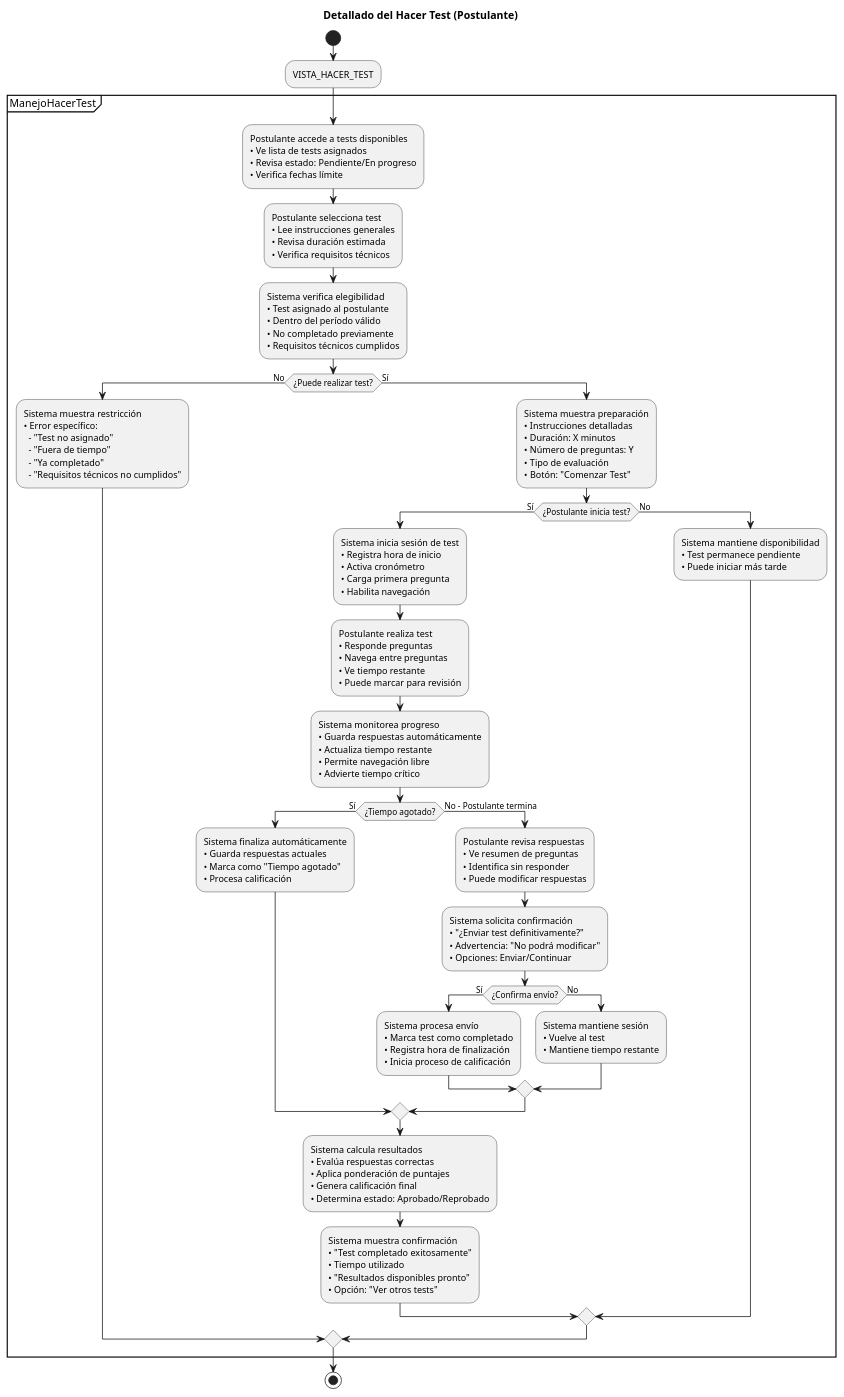
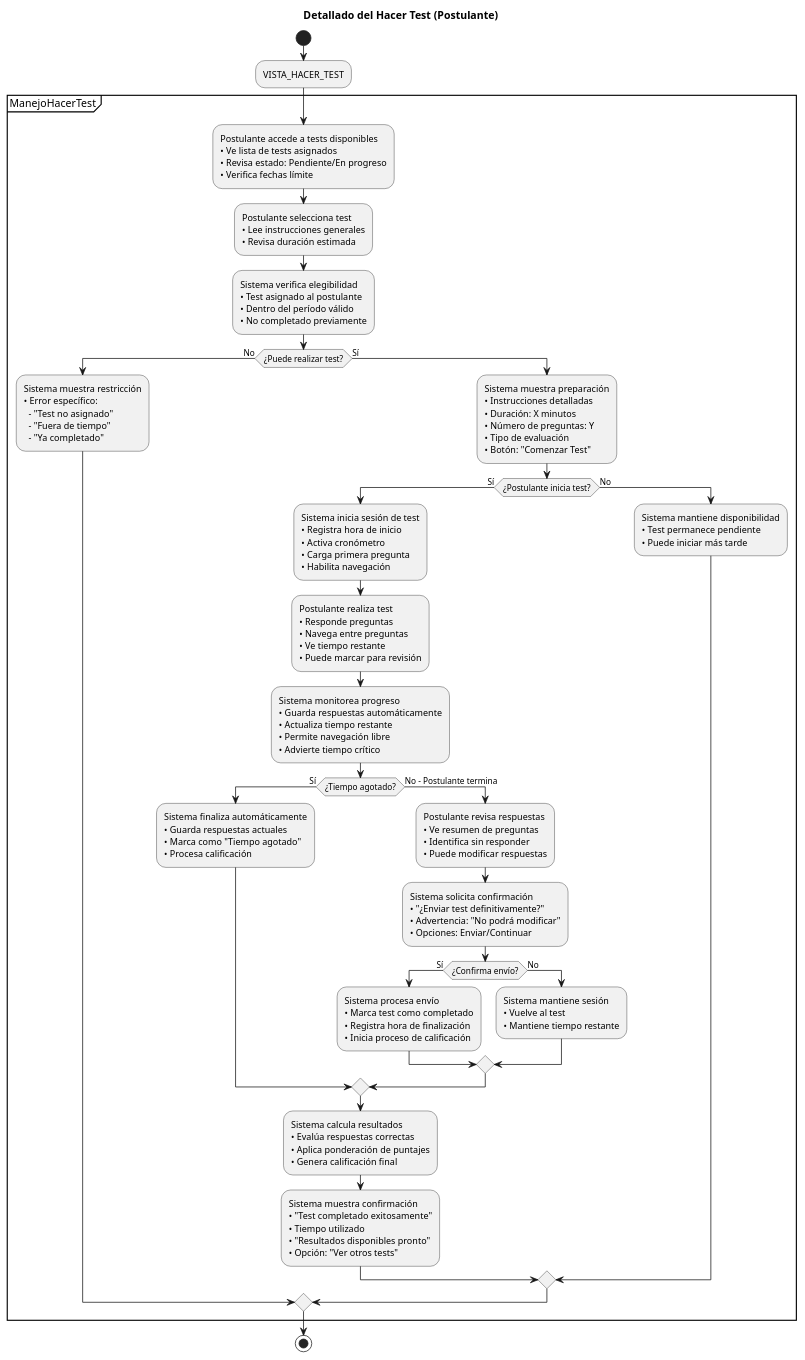
Before and after one commit to Dievex/24-25-IdSw1-SDR: the diagram in casos_de_uso/diagramas_casos_de_uso_detallados/hacer_test.puml, drawn with PlantUML.

Commit message:
hacer_test: modificado

```diff
--- a/casos_de_uso/diagramas_casos_de_uso_detallados/hacer_test.puml
+++ b/casos_de_uso/diagramas_casos_de_uso_detallados/hacer_test.puml
@@ -1,117 +1,117 @@
 @startuml
 title Detallado del Hacer Test (Postulante)
 
 start
 
 :VISTA_HACER_TEST;
 
 partition ManejoHacerTest {
   
   :Postulante accede a tests disponibles
   • Ve lista de tests asignados
   • Revisa estado: Pendiente/En progreso
   • Verifica fechas límite;
   
   :Postulante selecciona test
   • Lee instrucciones generales
-  • Revisa duración estimada
-  • Verifica requisitos técnicos;
+  • Revisa duración estimada;
+ 
   
   :Sistema verifica elegibilidad
   • Test asignado al postulante
   • Dentro del período válido
-  • No completado previamente
-  • Requisitos técnicos cumplidos;
+  • No completado previamente;
+
   
   if (¿Puede realizar test?) then (No)
     :Sistema muestra restricción
     • Error específico:
       - "Test no asignado"
       - "Fuera de tiempo"
-      - "Ya completado"
-      - "Requisitos técnicos no cumplidos";
+      - "Ya completado";
+   
     
   else (Sí)
     :Sistema muestra preparación
     • Instrucciones detalladas
     • Duración: X minutos
     • Número de preguntas: Y
     • Tipo de evaluación
     • Botón: "Comenzar Test";
     
     if (¿Postulante inicia test?) then (Sí)
       :Sistema inicia sesión de test
       • Registra hora de inicio
       • Activa cronómetro
       • Carga primera pregunta
       • Habilita navegación;
       
       :Postulante realiza test
       • Responde preguntas
       • Navega entre preguntas
       • Ve tiempo restante
       • Puede marcar para revisión;
       
       :Sistema monitorea progreso
       • Guarda respuestas automáticamente
       • Actualiza tiempo restante
       • Permite navegación libre
       • Advierte tiempo crítico;
       
       if (¿Tiempo agotado?) then (Sí)
         :Sistema finaliza automáticamente
         • Guarda respuestas actuales
         • Marca como "Tiempo agotado"
         • Procesa calificación;
         
       else (No - Postulante termina)
         :Postulante revisa respuestas
         • Ve resumen de preguntas
         • Identifica sin responder
         • Puede modificar respuestas;
         
         :Sistema solicita confirmación
         • "¿Enviar test definitivamente?"
         • Advertencia: "No podrá modificar"
         • Opciones: Enviar/Continuar;
         
         if (¿Confirma envío?) then (Sí)
           :Sistema procesa envío
           • Marca test como completado
           • Registra hora de finalización
           • Inicia proceso de calificación;
           
         else (No)
           :Sistema mantiene sesión
           • Vuelve al test
           • Mantiene tiempo restante;
           
         endif
         
       endif
       
       :Sistema calcula resultados
       • Evalúa respuestas correctas
       • Aplica ponderación de puntajes
-      • Genera calificación final
-      • Determina estado: Aprobado/Reprobado;
+      • Genera calificación final;
+      
       
       :Sistema muestra confirmación
       • "Test completado exitosamente"
       • Tiempo utilizado
       • "Resultados disponibles pronto"
       • Opción: "Ver otros tests";
       
     else (No)
       :Sistema mantiene disponibilidad
       • Test permanece pendiente
       • Puede iniciar más tarde;
       
     endif
     
   endif
   
 }
 
 stop
 @enduml
```
